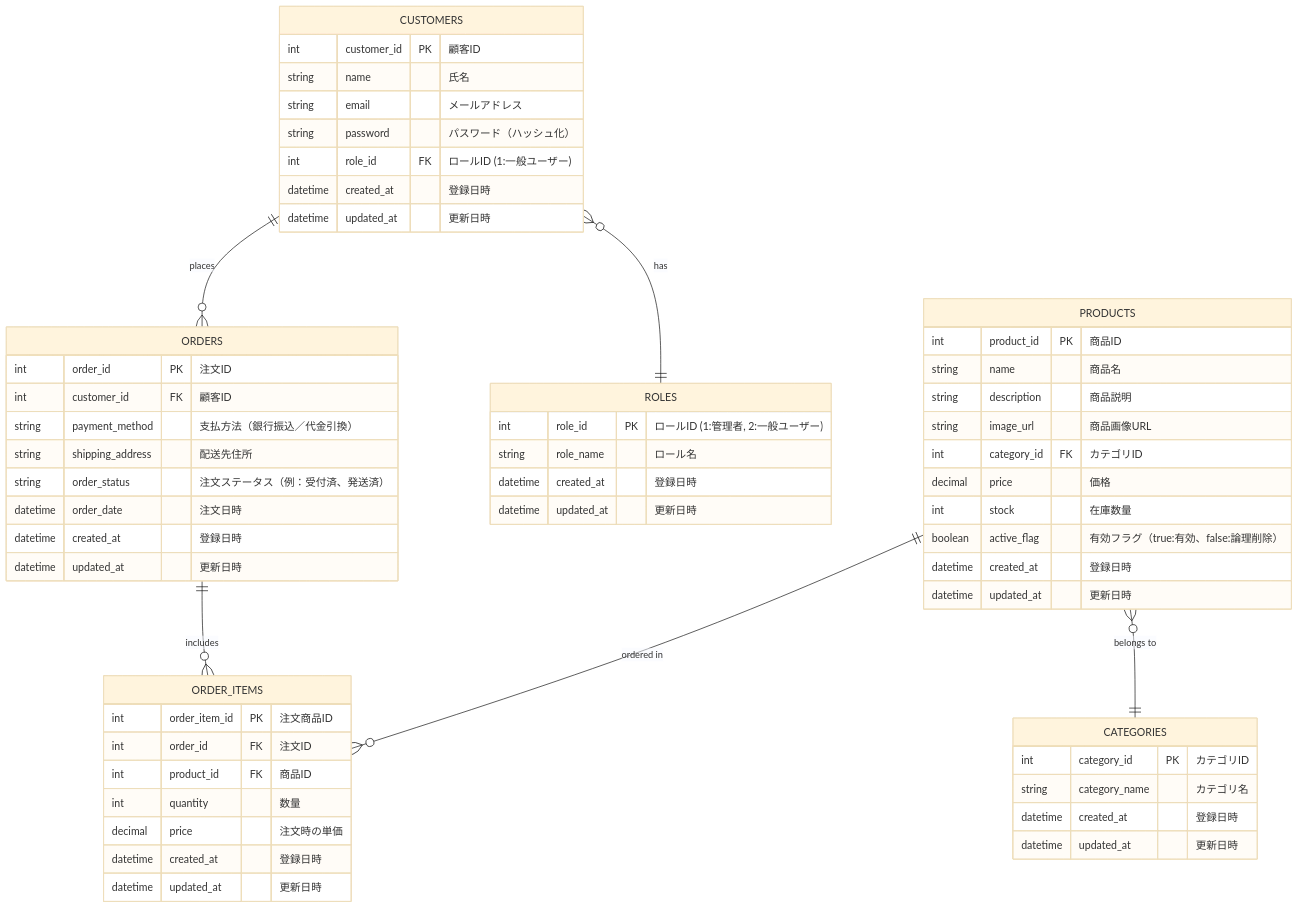
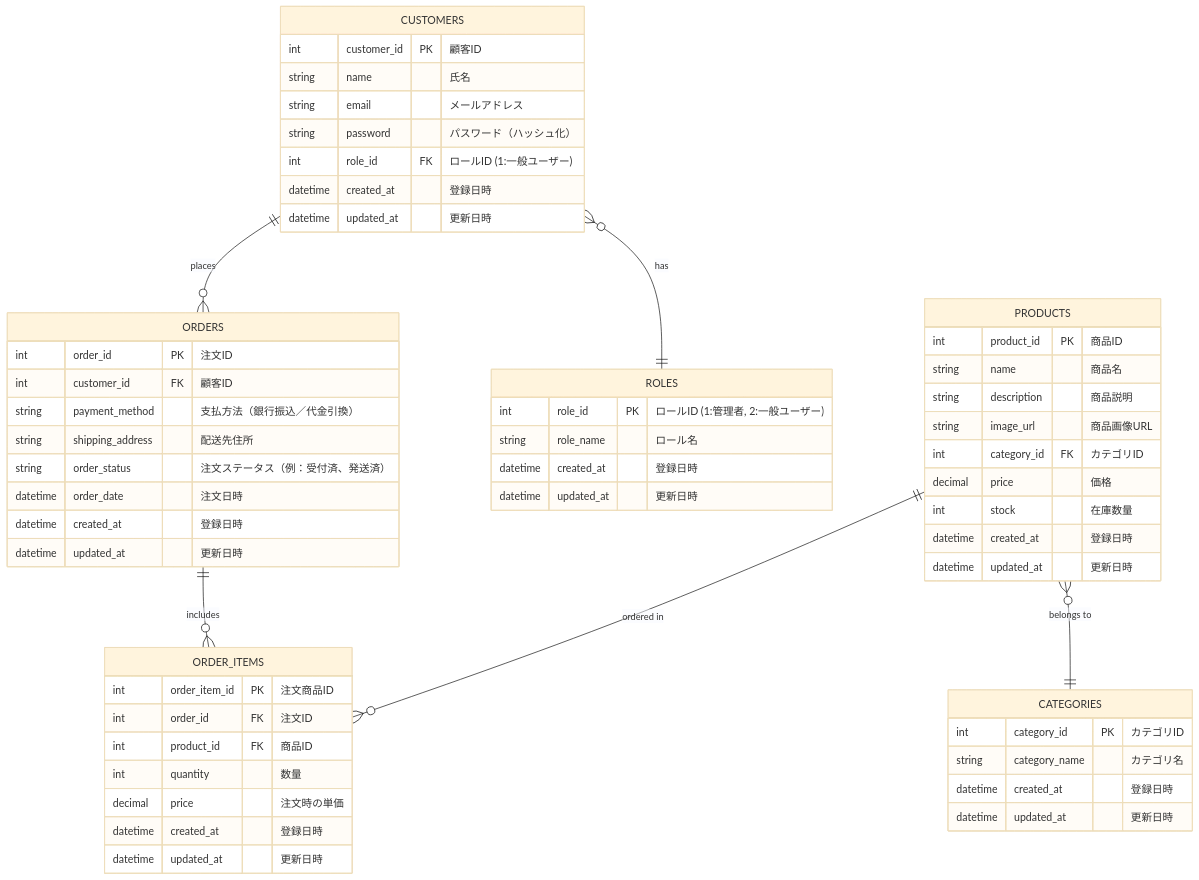
Before and after one commit to Rikumt12/Popcorn: the sixth of 6 diagrams in 基本設計書/基本設計書.md, drawn with Mermaid (base theme).

Commit message:
山下

````diff
--- a/基本設計書/基本設計書.md
+++ b/基本設計書/基本設計書.md
@@ -375,62 +375,61 @@
 ```mermaid
 
 erDiagram
     CUSTOMERS ||--o{ ORDERS : "places"
     CUSTOMERS }o--|| ROLES : "has"
     PRODUCTS }o--|| CATEGORIES : "belongs to"
     ORDERS ||--o{ ORDER_ITEMS : "includes"
     PRODUCTS ||--o{ ORDER_ITEMS : "ordered in"
 
     CUSTOMERS {
         int customer_id PK "顧客ID"
         string name "氏名"
         string email "メールアドレス"
         string password "パスワード（ハッシュ化）"
         int role_id FK "ロールID (1:一般ユーザー)"
         datetime created_at "登録日時"
         datetime updated_at "更新日時"
     }
     ROLES {
         int role_id PK "ロールID (1:管理者, 2:一般ユーザー)"
         string role_name "ロール名"
         datetime created_at "登録日時"
         datetime updated_at "更新日時"
     }
     PRODUCTS {
         int product_id PK "商品ID"
         string name "商品名"
         string description "商品説明"
         string image_url "商品画像URL"
         int category_id FK "カテゴリID"
         decimal price "価格"
         int stock "在庫数量"
-        boolean active_flag "有効フラグ（true:有効、false:論理削除）"
         datetime created_at "登録日時"
         datetime updated_at "更新日時"
     }
     CATEGORIES {
         int category_id PK "カテゴリID"
         string category_name "カテゴリ名"
         datetime created_at "登録日時"
         datetime updated_at "更新日時"
     }
     ORDERS {
         int order_id PK "注文ID"
         int customer_id FK "顧客ID"
         string payment_method "支払方法（銀行振込／代金引換）"
         string shipping_address "配送先住所"
         string order_status "注文ステータス（例：受付済、発送済）"
         datetime order_date "注文日時"
         datetime created_at "登録日時"
         datetime updated_at "更新日時"
     }
     ORDER_ITEMS {
         int order_item_id PK "注文商品ID"
         int order_id FK "注文ID"
         int product_id FK "商品ID"
         int quantity "数量"
         decimal price "注文時の単価"
         datetime created_at "登録日時"
         datetime updated_at "更新日時"
     }
 ```
````
